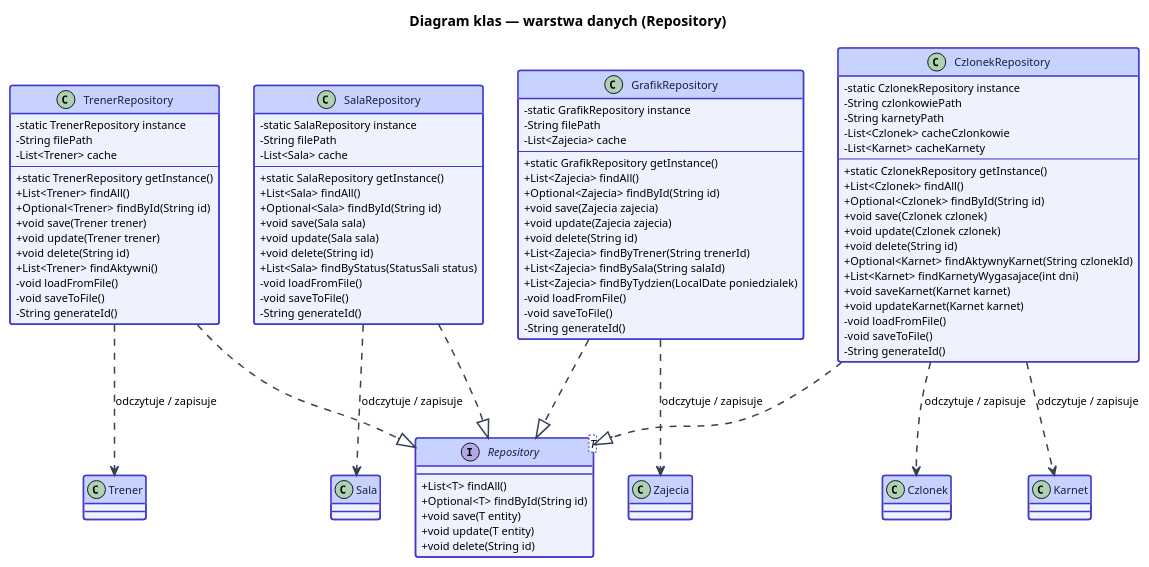
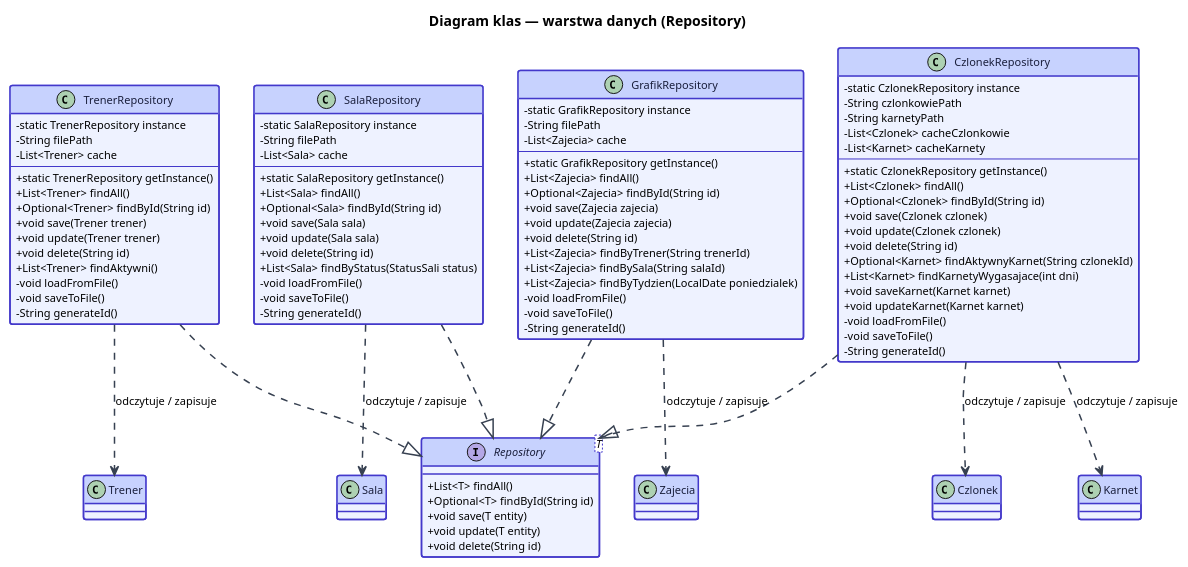
Before and after one commit to SliceOf314159/salFit: the diagram in docs/src/CD_Repository.puml, drawn with PlantUML. The commit also changed 68 other files, not shown here.

```diff
--- a/docs/src/CD_Repository.puml
+++ b/docs/src/CD_Repository.puml
@@ -1,130 +1,132 @@
 @startuml CD_Repository
 title Diagram klas — warstwa danych (Repository)
 
 skinparam defaultFontName Arial
 skinparam defaultFontSize 11
 skinparam classAttributeIconSize 0
 
 skinparam class {
   BackgroundColor #EEF2FF
   BorderColor #4338CA
   HeaderBackgroundColor #C7D2FE
   HeaderFontColor #1a1f3c
   FontColor #1a1f3c
   BorderThickness 1.5
 }
 skinparam interface {
   BackgroundColor #F0FDF4
   BorderColor #16A34A
   HeaderBackgroundColor #BBF7D0
   HeaderFontColor #1a1f3c
 }
 skinparam arrow {
   Color #374151
   Thickness 1.5
 }
 
 ' Generic repository interface
 interface Repository<T> {
   + List<T> findAll()
   + Optional<T> findById(String id)
   + void save(T entity)
   + void update(T entity)
   + void delete(String id)
 }
 
 ' Trainer repository
 class TrenerRepository {
   - static TrenerRepository instance
   - String filePath
   - List<Trener> cache
   --
   + static TrenerRepository getInstance()
   + List<Trener> findAll()
   + Optional<Trener> findById(String id)
   + void save(Trener trener)
   + void update(Trener trener)
   + void delete(String id)
   + List<Trener> findAktywni()
   - void loadFromFile()
   - void saveToFile()
   - String generateId()
 }
 
 ' Room repository
 class SalaRepository {
   - static SalaRepository instance
   - String filePath
   - List<Sala> cache
   --
   + static SalaRepository getInstance()
   + List<Sala> findAll()
   + Optional<Sala> findById(String id)
   + void save(Sala sala)
   + void update(Sala sala)
   + void delete(String id)
   + List<Sala> findByStatus(StatusSali status)
   - void loadFromFile()
   - void saveToFile()
   - String generateId()
 }
 
 ' Schedule repository
 class GrafikRepository {
   - static GrafikRepository instance
   - String filePath
   - List<Zajecia> cache
   --
   + static GrafikRepository getInstance()
   + List<Zajecia> findAll()
   + Optional<Zajecia> findById(String id)
   + void save(Zajecia zajecia)
   + void update(Zajecia zajecia)
   + void delete(String id)
   + List<Zajecia> findByTrener(String trenerId)
   + List<Zajecia> findBySala(String salaId)
   + List<Zajecia> findByTydzien(LocalDate poniedzialek)
   - void loadFromFile()
   - void saveToFile()
   - String generateId()
 }
 
 ' Member repository — persists to czlonkowie.json and karnety.json
 class CzlonekRepository {
   - static CzlonekRepository instance
   - String czlonkowiePath
   - String karnetyPath
   - List<Czlonek> cacheCzlonkowie
   - List<Karnet> cacheKarnety
   --
   + static CzlonekRepository getInstance()
   + List<Czlonek> findAll()
   + Optional<Czlonek> findById(String id)
   + void save(Czlonek czlonek)
   + void update(Czlonek czlonek)
   + void delete(String id)
   + Optional<Karnet> findAktywnyKarnet(String czlonekId)
   + List<Karnet> findKarnetyWygasajace(int dni)
   + void saveKarnet(Karnet karnet)
   + void updateKarnet(Karnet karnet)
   - void loadFromFile()
   - void saveToFile()
   - String generateId()
 }
 
+Repository        -[hidden]down-  TrenerRepository
+Repository        -[hidden]down-  CzlonekRepository
 TrenerRepository  -[hidden]right- SalaRepository
 SalaRepository    -[hidden]right- GrafikRepository
 GrafikRepository  -[hidden]right- CzlonekRepository
 
 TrenerRepository  ..|> Repository
 SalaRepository    ..|> Repository
 GrafikRepository  ..|> Repository
 CzlonekRepository ..|> Repository
 
 TrenerRepository  ..> Trener  : odczytuje / zapisuje
 SalaRepository    ..> Sala    : odczytuje / zapisuje
 GrafikRepository  ..> Zajecia : odczytuje / zapisuje
 CzlonekRepository ..> Czlonek : odczytuje / zapisuje
 CzlonekRepository ..> Karnet  : odczytuje / zapisuje
 
 @enduml
```
